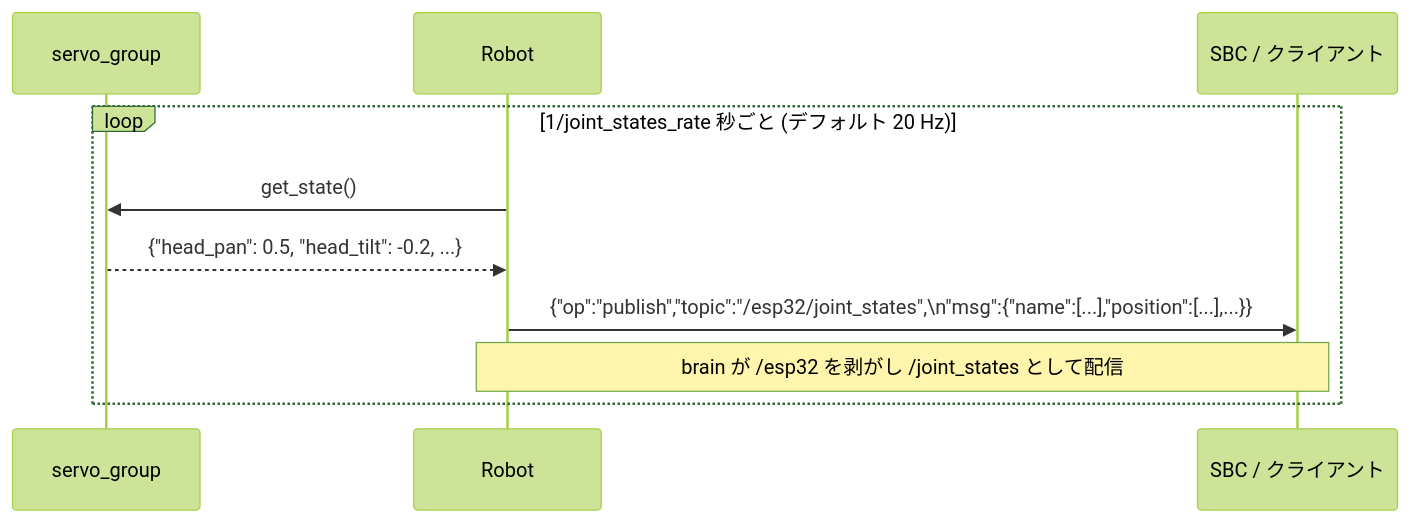
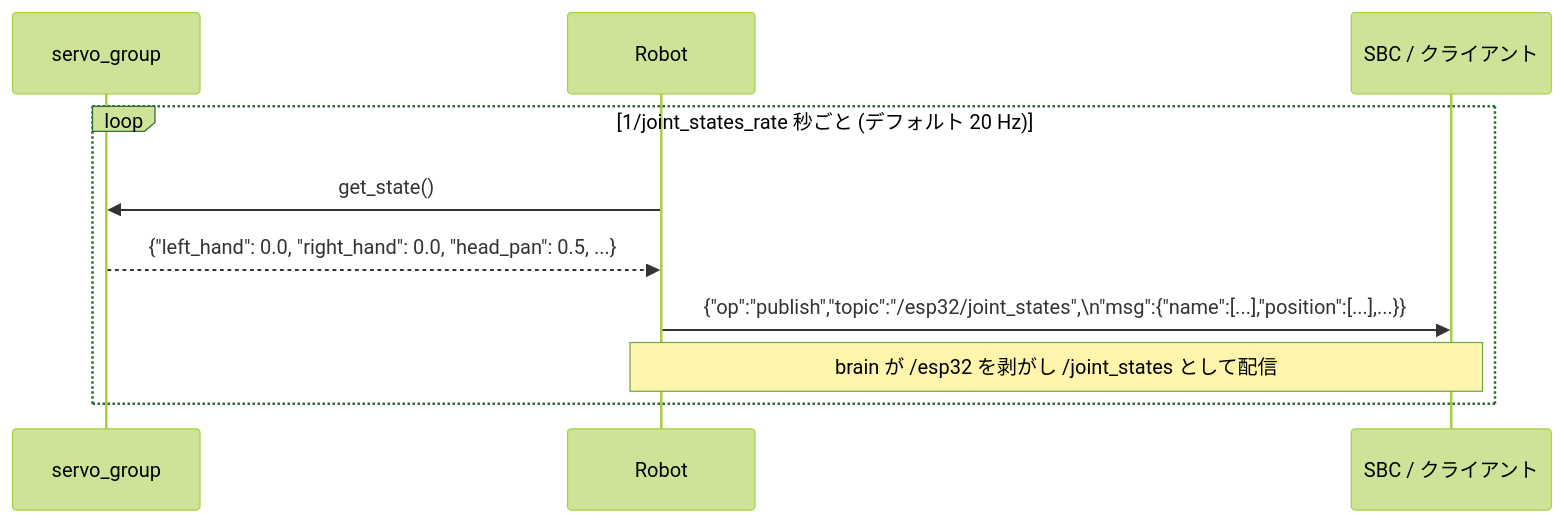
Diagram 15 of 17 in docs/architecture/design.md (smabo-smartphone-robot/smabo-smartphone-robot.github.io), drawn with Mermaid (forest theme) before and after one commit. The commit also changed other lines of this file and 18 other files, not shown here.

````diff
--- a/docs/architecture/design.md
+++ b/docs/architecture/design.md
@@ -497,13 +1001,13 @@
 ```mermaid
 sequenceDiagram
     participant JointGroup as servo_group
     participant Robot
     participant Client as SBC / クライアント
 
     loop 1/joint_states_rate 秒ごと (デフォルト 20 Hz)
         Robot->>JointGroup: get_state()
-        JointGroup-->>Robot: {"head_pan": 0.5, "head_tilt": -0.2, ...}
+        JointGroup-->>Robot: {"left_hand": 0.0, "right_hand": 0.0, "head_pan": 0.5, ...}
         Robot->>Client: {"op":"publish","topic":"/esp32/joint_states",\n"msg":{"name":[...],"position":[...],...}}
         Note over Robot,Client: brain が /esp32 を剥がし /joint_states として配信
     end
 ```
````
